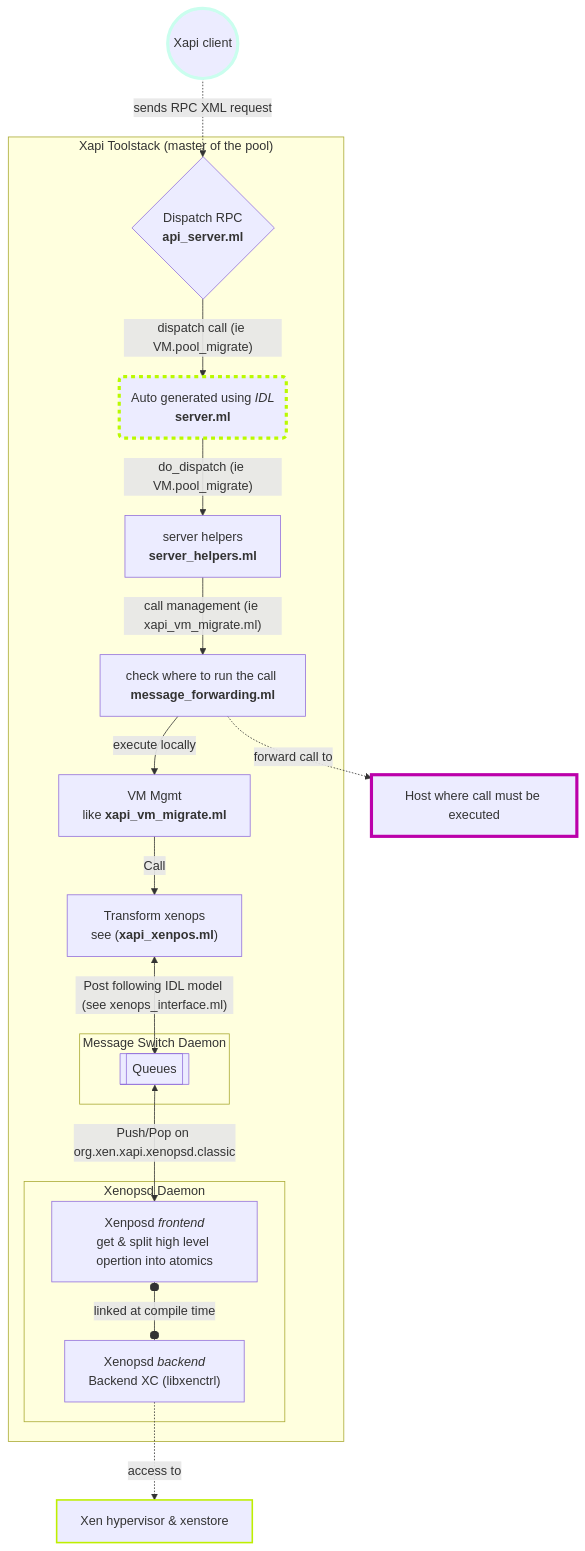
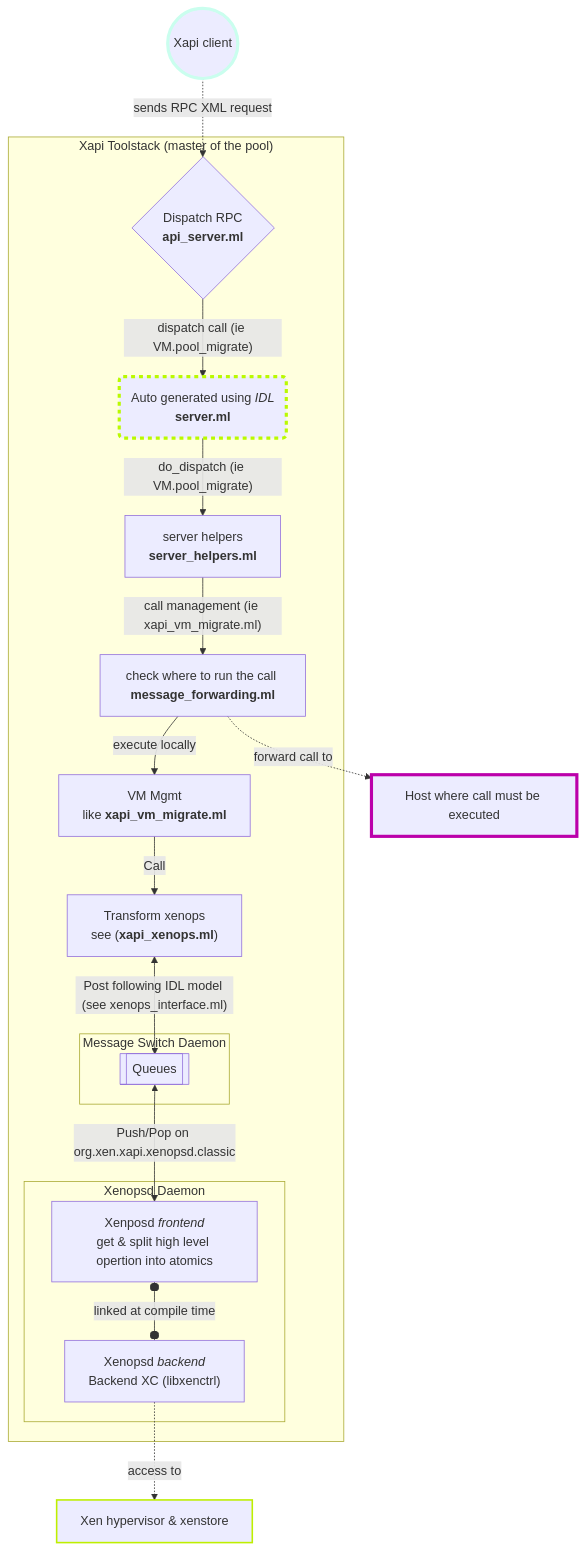
The diagram in doc/content/xapi/walkthroughs/migration_overview.md (xapi-project/xen-api), drawn with Mermaid before and after one commit.

Commit message:
fix: typo in doc
`xapi_xenpos.ml` -> `xapi_xenops.ml`

````diff
--- a/doc/content/xapi/walkthroughs/migration_overview.md
+++ b/doc/content/xapi/walkthroughs/migration_overview.md
@@ -40,52 +40,52 @@
 ```mermaid
 
 flowchart TD
 
     %% First we are starting by a XAPI client that is sending an XML-RPC request
     client((Xapi client)) -. sends RPC XML request .->
         xapi_server{"`Dispatch RPC
                     **api_server.ml**`"}
     style client stroke:#CAFEEE,stroke-width:4px
 
     %% XAPI Toolstack internals
     subgraph "Xapi Toolstack (master of the pool)"
         style server stroke:#BAFA00,stroke-width:4px,stroke-dasharray: 5 5
 
             xapi_server --dispatch call (ie VM.pool_migrate)--> server("`Auto generated using *IDL*
                     **server.ml**`")
 
             server --do_dispatch (ie VM.pool_migrate)--> server_helpers["`server helpers
             **server_helpers.ml**`"]
 
             server_helpers -- call management (ie xapi_vm_migrate.ml)--> message_forwarding["`check where to run the call **message_forwarding.ml**`"]
 
             message_forwarding -- execute locally --> vm_management["`VM Mgmt
             like **xapi_vm_migrate.ml**`"]
 
             vm_management -- Call --> xapi_xenops["`Transform xenops
-            see (**xapi_xenpos.ml**)`"]
+            see (**xapi_xenops.ml**)`"]
                 xapi_xenops <-- Post following IDL model (see xenops_interface.ml) --> msg_switch
 
 
         subgraph "Message Switch Daemon"
             msg_switch[["Queues"]]
         end
 
         subgraph "Xenopsd Daemon"
             msg_switch <-- Push/Pop on org.xen.xapi.xenopsd.classic --> xenopsd_server
 
             xenopsd_server["`Xenposd *frontend*
             get & split high level opertion into atomics`"]  o-- linked at compile time --o xenopsd_backend
         end
     end
 
     %% Xenopsd backend is accessing xen and xenstore
     xenopsd_backend["`Xenopsd *backend*
     Backend XC (libxenctrl)`"] -. access to .-> xen_hypervisor["Xen hypervisor & xenstore"]
     style xen_hypervisor stroke:#BEEF00,stroke-width:2px
 
     %% Can send request to the host where call must be executed
     message_forwarding -.forward call to .-> elected_host["Host where call must be executed"]
     style elected_host stroke:#B0A,stroke-width:4px
 
 ```
````
